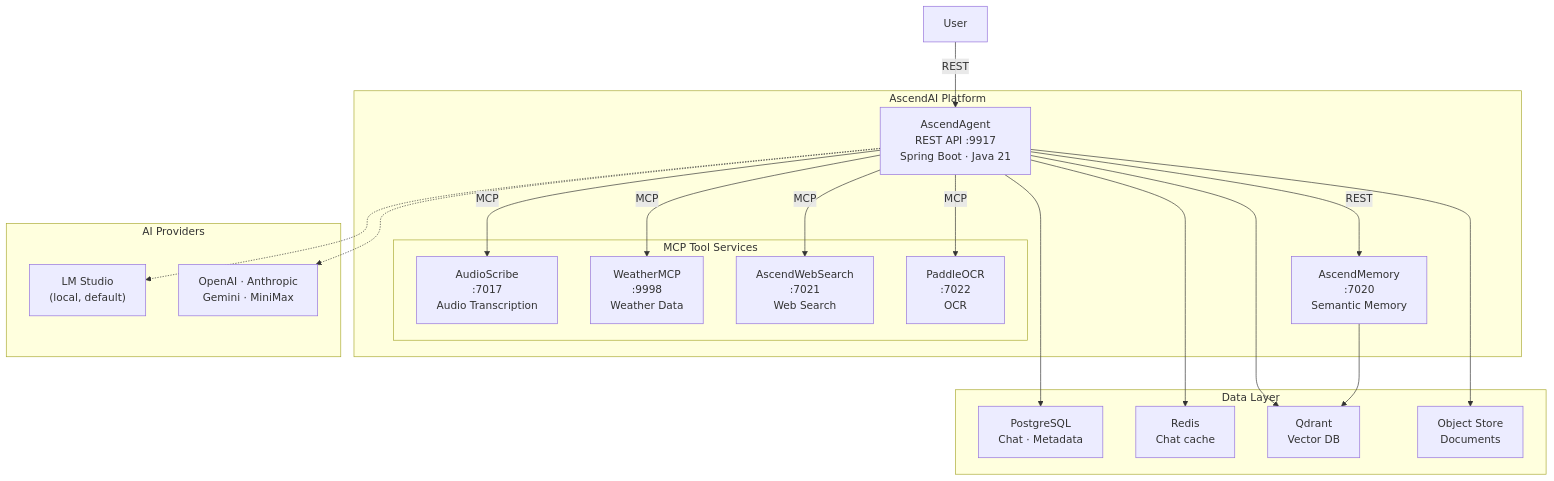
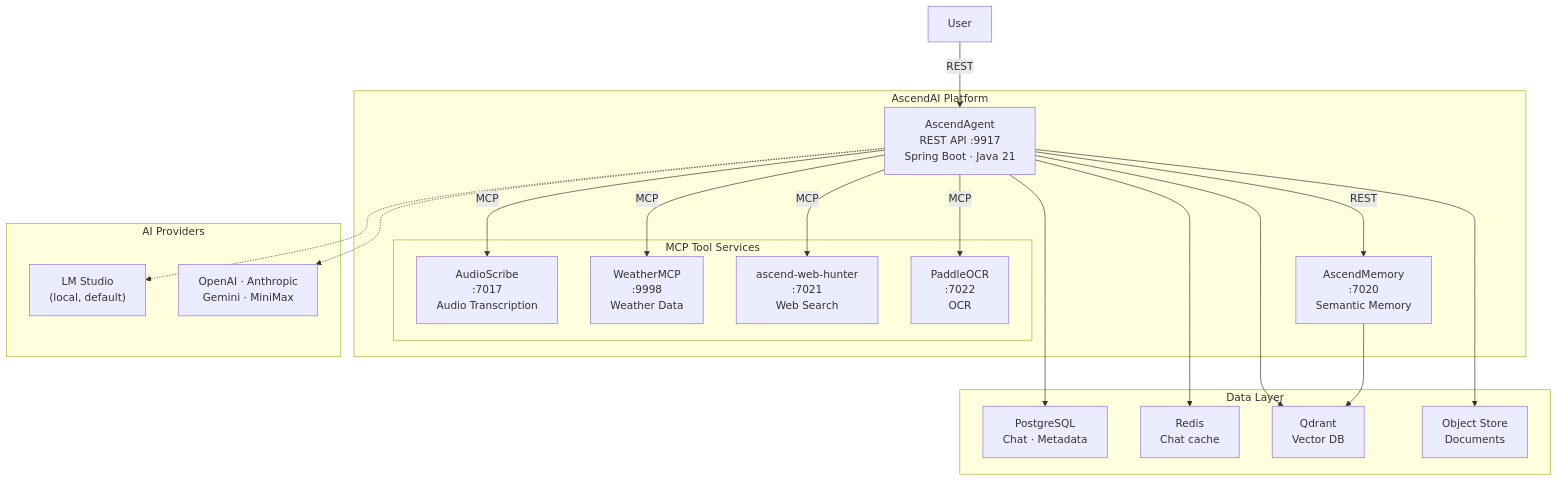
One commit to Lukk17/AscendAI changed the first of 2 diagrams in README.md. Above: the diagram before and after it, drawn with Mermaid. The commit also changed other lines of this file and 422 other files, not shown here.

````diff
--- a/README.md
+++ b/README.md
@@ -29,43 +29,43 @@
 ```mermaid
 graph TB
     User["User"]
 
     subgraph "AscendAI Platform"
         Agent["AscendAgent<br/>REST API :9917<br/>Spring Boot · Java 21"]
 
         subgraph "MCP Tool Services"
             AudioScribe["AudioScribe<br/>:7017<br/>Audio Transcription"]
             Weather["WeatherMCP<br/>:9998<br/>Weather Data"]
-            WebSearch["AscendWebSearch<br/>:7021<br/>Web Search"]
+            WebHunter["ascend-web-hunter<br/>:7021<br/>Web Search"]
             PaddleOCR["PaddleOCR<br/>:7022<br/>OCR"]
         end
 
         Memory["AscendMemory<br/>:7020<br/>Semantic Memory"]
     end
 
     subgraph "AI Providers"
         Local["LM Studio<br/>(local, default)"]
         Cloud["OpenAI · Anthropic<br/>Gemini · MiniMax"]
     end
 
     subgraph "Data Layer"
         PG["PostgreSQL<br/>Chat · Metadata"]
         RD["Redis<br/>Chat cache"]
         QD["Qdrant<br/>Vector DB"]
         S3["Object Store<br/>Documents"]
     end
 
     User -->|"REST"| Agent
     Agent -->|"MCP"| AudioScribe
     Agent -->|"MCP"| Weather
-    Agent -->|"MCP"| WebSearch
+    Agent -->|"MCP"| WebHunter
     Agent -->|"MCP"| PaddleOCR
     Agent -->|"REST"| Memory
     Agent -.-> Local
     Agent -.-> Cloud
     Agent --> PG
     Agent --> RD
     Agent --> QD
     Agent --> S3
     Memory --> QD
 ```
````
